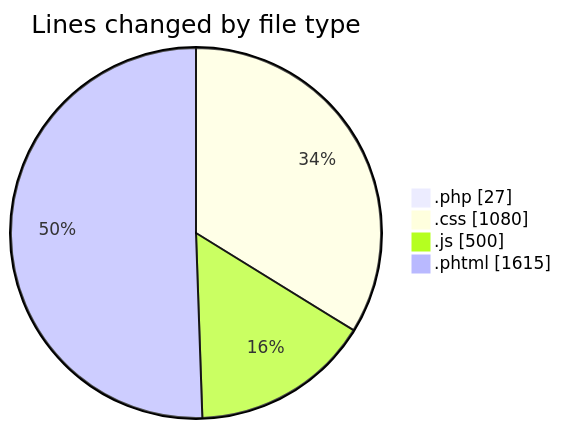
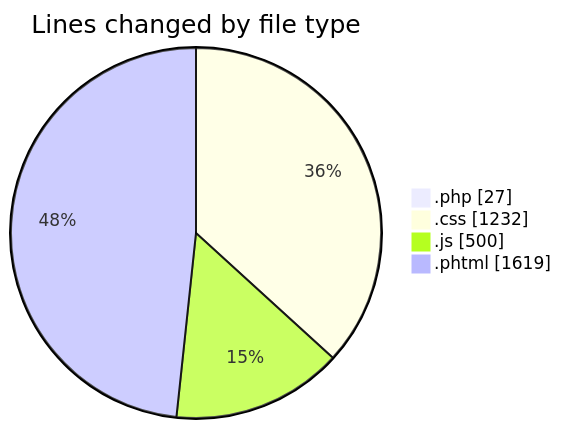
One commit to lephambinh05/code-tracking changed the first of 2 diagrams in 2025-09-18/forum_cybernix_vn/README.md. Above: the diagram before and after it, drawn with Mermaid. The commit also changed other lines of this file and 1 other file, not shown here.

````diff
--- a/2025-09-18/forum_cybernix_vn/README.md
+++ b/2025-09-18/forum_cybernix_vn/README.md
@@ -24,8 +24,8 @@
 ```mermaid
 pie showData
 title Lines changed by file type
 ".php" : 27
-".css" : 1080
+".css" : 1232
 ".js" : 500
-".phtml" : 1615
+".phtml" : 1619
 ```
````
